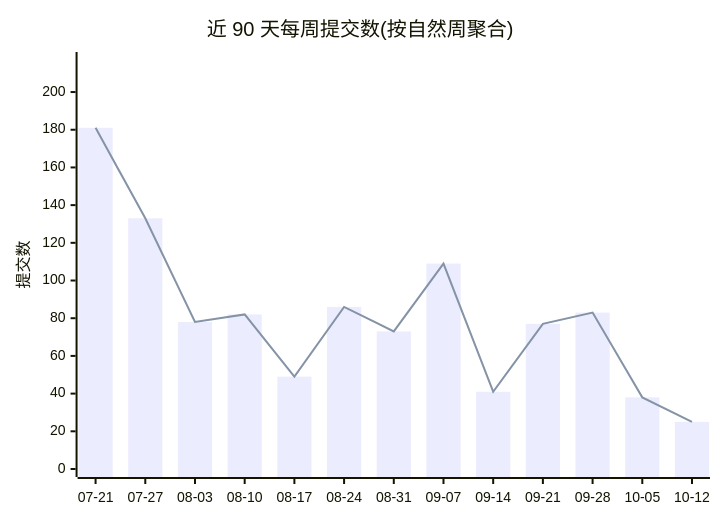
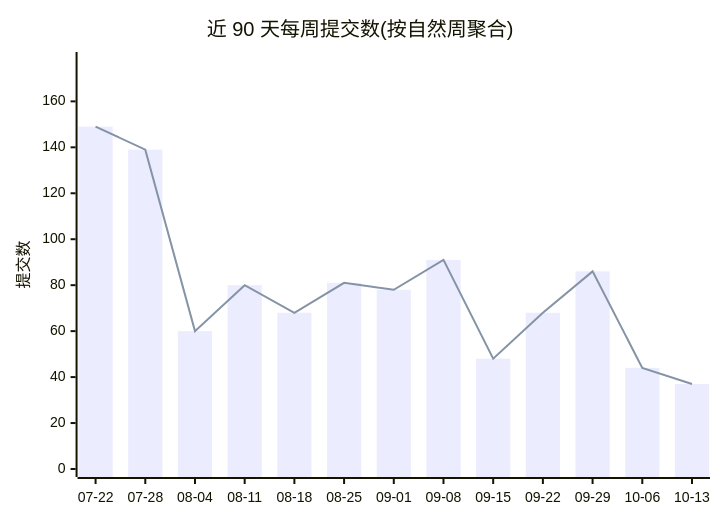
Before and after one commit to Conflux-Union/.github: the first of 2 diagrams in profile/README.md, drawn with Mermaid. The commit also changed other lines of this file and 1 other file, not shown here.

````diff
--- a/profile/README.md
+++ b/profile/README.md
@@ -44,8 +44,8 @@
 ```mermaid
 xychart-beta
     title "近 90 天每周提交数(按自然周聚合)"
-    x-axis ["07-21", "07-27", "08-03", "08-10", "08-17", "08-24", "08-31", "09-07", "09-14", "09-21", "09-28", "10-05", "10-12"]
-    y-axis "提交数" 0 --> 217
-    bar [181, 133, 78, 82, 49, 86, 73, 109, 41, 77, 83, 38, 25]
-    line [181, 133, 78, 82, 49, 86, 73, 109, 41, 77, 83, 38, 25]
+    x-axis ["07-22", "07-28", "08-04", "08-11", "08-18", "08-25", "09-01", "09-08", "09-15", "09-22", "09-29", "10-06", "10-13"]
+    y-axis "提交数" 0 --> 178
+    bar [149, 139, 60, 80, 68, 81, 78, 91, 48, 68, 86, 44, 37]
+    line [149, 139, 60, 80, 68, 81, 78, 91, 48, 68, 86, 44, 37]
 ```
````
